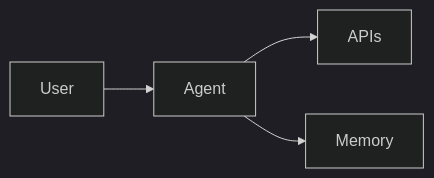
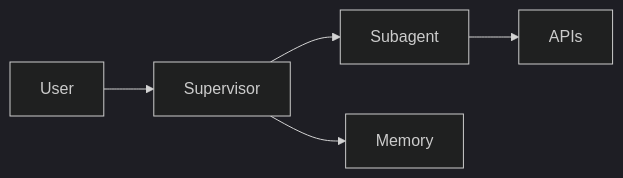
Before and after one commit to NumOne01/django-auto-agent: the first of 5 diagrams in README.md, drawn with Mermaid (dark theme).

Commit message:
Show supervisor and subagent on the architecture diagram.
Keep the overview small while making the routing shape of the graph visible.

````diff
--- a/README.md
+++ b/README.md
@@ -21,6 +21,7 @@
 ```mermaid
 flowchart LR
-  User --> Agent
-  Agent --> APIs
-  Agent --> Memory
+  User --> Supervisor
+  Supervisor --> Subagent
+  Subagent --> APIs
+  Supervisor --> Memory
 ```
````
